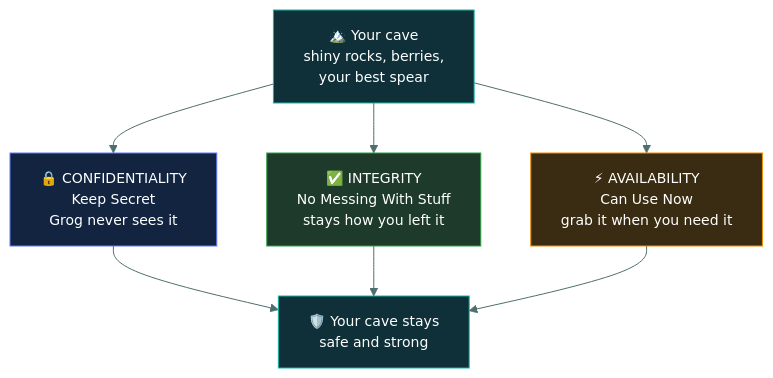
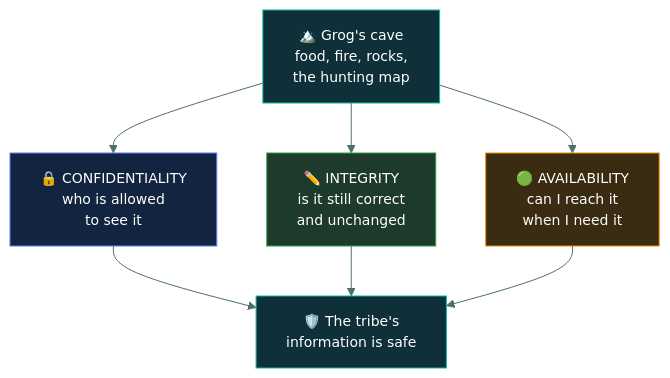
The first of 3 diagrams in 01-security-principles/cia-triad/README.md (tarunTejaDesireddy/cc-exam-prep), drawn with Mermaid before and after one commit. The commit also changed other lines of this file, not shown here.

````diff
--- a/01-security-principles/cia-triad/README.md
+++ b/01-security-principles/cia-triad/README.md
@@ -28,17 +38,17 @@
 ```mermaid
 %%{init: {'theme':'base','themeVariables':{'fontFamily':'Segoe UI, Helvetica Neue, Arial, sans-serif','fontSize':'14px','lineColor':'#4d6f6e','textColor':'#dbe7e6'}}}%%
 flowchart TD
-    CAVE["🏔️ Your cave<br/>shiny rocks, berries,<br/>your best spear"]
-    CAVE --> C["🔒 CONFIDENTIALITY<br/>Keep Secret<br/>Grog never sees it"]
-    CAVE --> I["✅ INTEGRITY<br/>No Messing With Stuff<br/>stays how you left it"]
-    CAVE --> A["⚡ AVAILABILITY<br/>Can Use Now<br/>grab it when you need it"]
-    C --> SAFE["🛡️ Your cave stays<br/>safe and strong"]
+    CAVE["🏔️ Grog's cave<br/>food, fire, rocks,<br/>the hunting map"]
+    CAVE --> C["🔒 CONFIDENTIALITY<br/>who is allowed<br/>to see it"]
+    CAVE --> I["✏️ INTEGRITY<br/>is it still correct<br/>and unchanged"]
+    CAVE --> A["🟢 AVAILABILITY<br/>can I reach it<br/>when I need it"]
+    C --> SAFE["🛡️ The tribe's<br/>information is safe"]
     I --> SAFE
     A --> SAFE
 
     style CAVE fill:#0f3038,stroke:#12B5A5,color:#fff
     style C fill:#12243f,stroke:#5C7CFA,color:#fff
     style I fill:#1d3a2a,stroke:#2F9E44,color:#fff
     style A fill:#3a2c12,stroke:#F08C00,color:#fff
     style SAFE fill:#0f3038,stroke:#12B5A5,color:#fff
 ```
````
